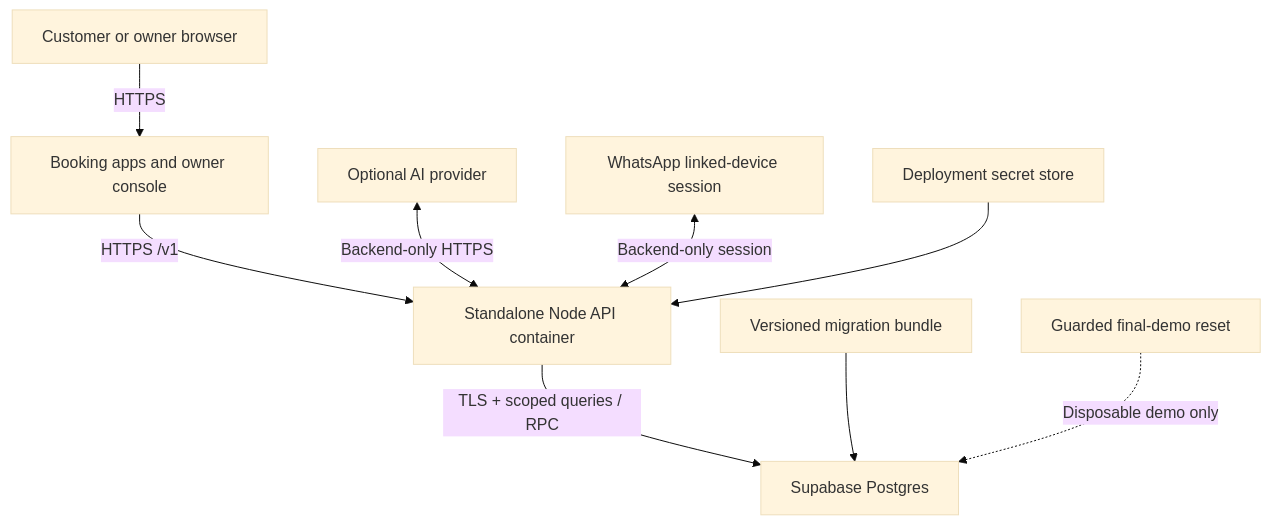
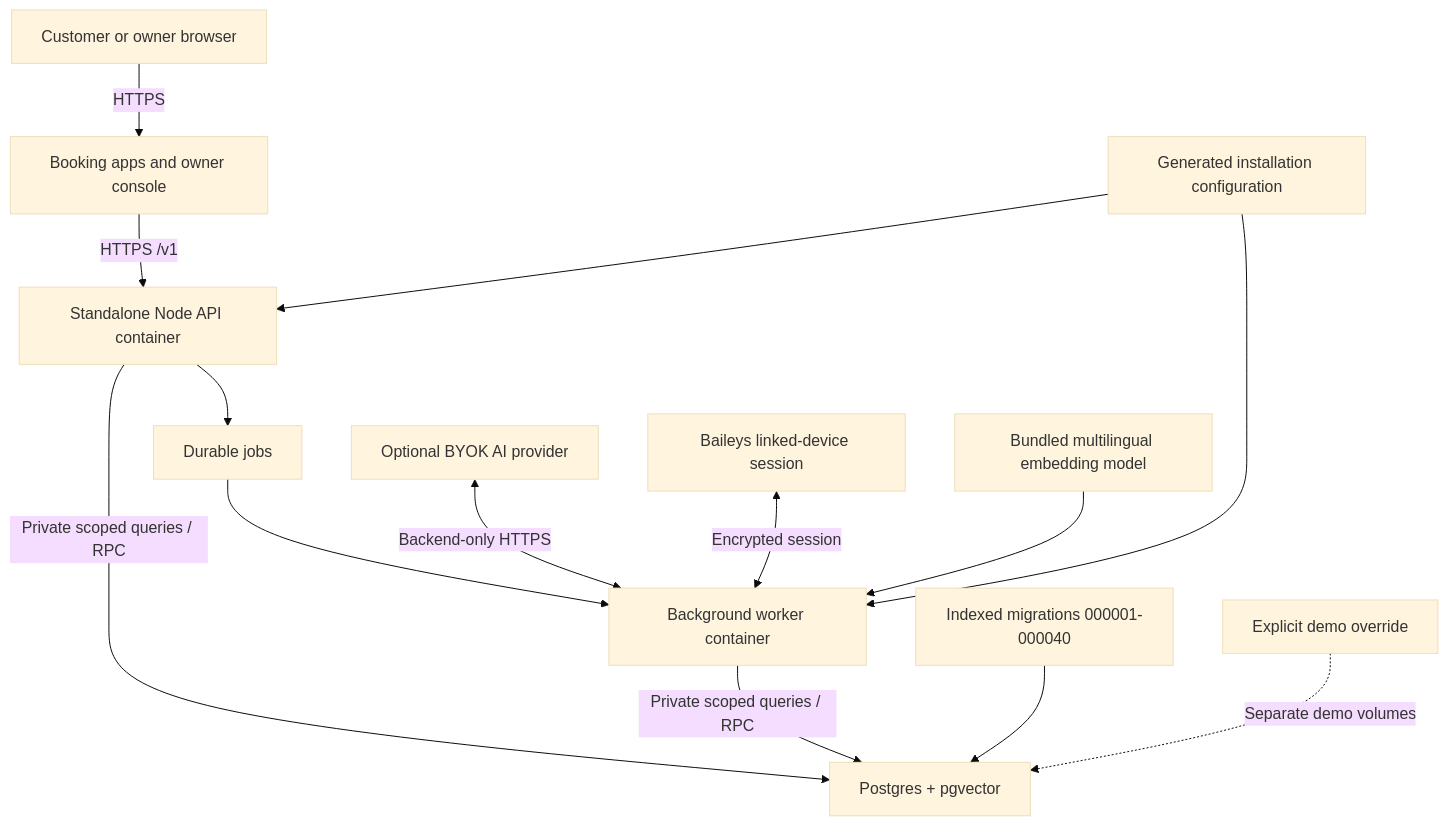
Before and after one commit to jericho0521/reservation-app: the fourth of 4 diagrams in docs/architecture/final-platform-architecture.md, drawn with Mermaid (base theme). The commit also changed other lines of this file and 16 other files, not shown here.

````diff
--- a/docs/architecture/final-platform-architecture.md
+++ b/docs/architecture/final-platform-architecture.md
@@ -102,11 +116,16 @@
 ```mermaid
 flowchart TB
   Browser["Customer or owner browser"] -->|"HTTPS"| Web["Booking apps and owner console"]
   Web -->|"HTTPS /v1"| API["Standalone Node API container"]
-  Provider["Optional AI provider"] <-->|"Backend-only HTTPS"| API
-  WA["WhatsApp linked-device session"] <-->|"Backend-only session"| API
-  API -->|"TLS + scoped queries / RPC"| Supabase["Supabase Postgres"]
-  Secrets["Deployment secret store"] --> API
-  Migrations["Versioned migration bundle"] --> Supabase
-  Seed["Guarded final-demo reset"] -.->|"Disposable demo only"| Supabase
+  API --> Queue["Durable jobs"]
+  Queue --> Worker["Background worker container"]
+  Provider["Optional BYOK AI provider"] <-->|"Backend-only HTTPS"| Worker
+  WA["Baileys linked-device session"] <-->|"Encrypted session"| Worker
+  API -->|"Private scoped queries / RPC"| Postgres["Postgres + pgvector"]
+  Worker -->|"Private scoped queries / RPC"| Postgres
+  Model["Bundled multilingual embedding model"] --> Worker
+  Secrets["Generated installation configuration"] --> API
+  Secrets --> Worker
+  Migrations["Indexed migrations 000001-000040"] --> Postgres
+  Seed["Explicit demo override"] -.->|"Separate demo volumes"| Postgres
 ```
````
